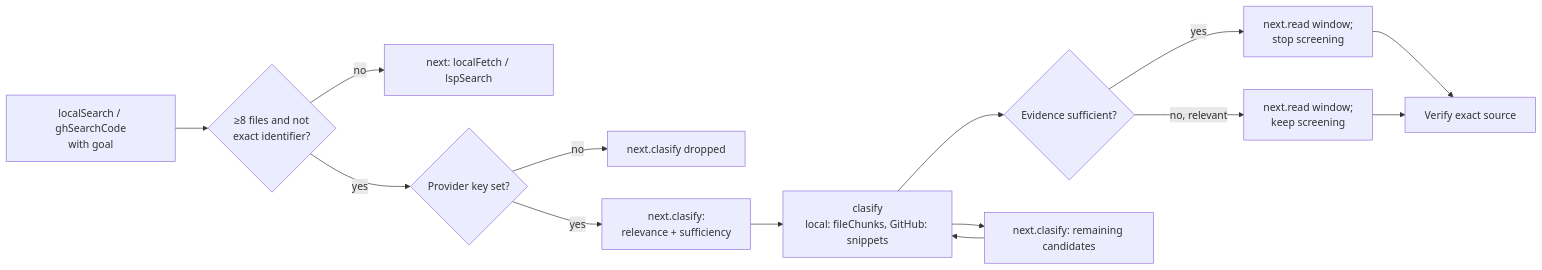
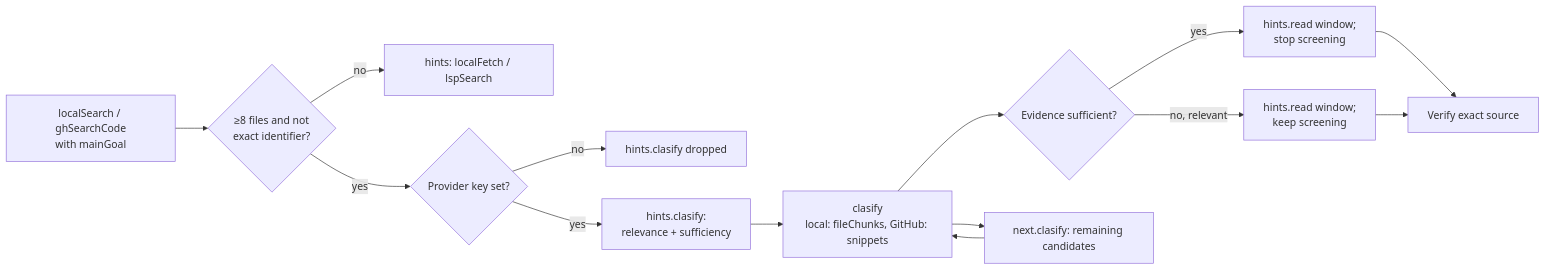
The fourth of 4 diagrams in docs/OCTOCODE_CLASIFY.md (bgauryy/octocode), drawn with Mermaid before and after one commit. The commit also changed other lines of this file and 374 other files, not shown here.

````diff
--- a/docs/OCTOCODE_CLASIFY.md
+++ b/docs/OCTOCODE_CLASIFY.md
@@ -162,16 +162,16 @@
 ```mermaid
 flowchart LR
-    S["localSearch / ghSearchCode<br/>with goal"] --> W{"≥8 files and not<br/>exact identifier?"}
-    W -- no --> N["next: localFetch / lspSearch"]
+    S["localSearch / ghSearchCode<br/>with mainGoal"] --> W{"≥8 files and not<br/>exact identifier?"}
+    W -- no --> N["hints: localFetch / lspSearch"]
     W -- yes --> K{Provider key set?}
-    K -- no --> DROP[next.clasify dropped]
-    K -- yes --> H["next.clasify:<br/>relevance + sufficiency"]
+    K -- no --> DROP[hints.clasify dropped]
+    K -- yes --> H["hints.clasify:<br/>relevance + sufficiency"]
     H --> C["clasify<br/>local: fileChunks, GitHub: snippets"]
     C --> Q{Evidence sufficient?}
-    Q -- yes --> E["next.read window;<br/>stop screening"]
-    Q -- no, relevant --> R["next.read window;<br/>keep screening"]
+    Q -- yes --> E["hints.read window;<br/>stop screening"]
+    Q -- no, relevant --> R["hints.read window;<br/>keep screening"]
     C --> P["next.clasify: remaining candidates"]
     P --> C
     E --> V[Verify exact source]
     R --> V
 ```
````
